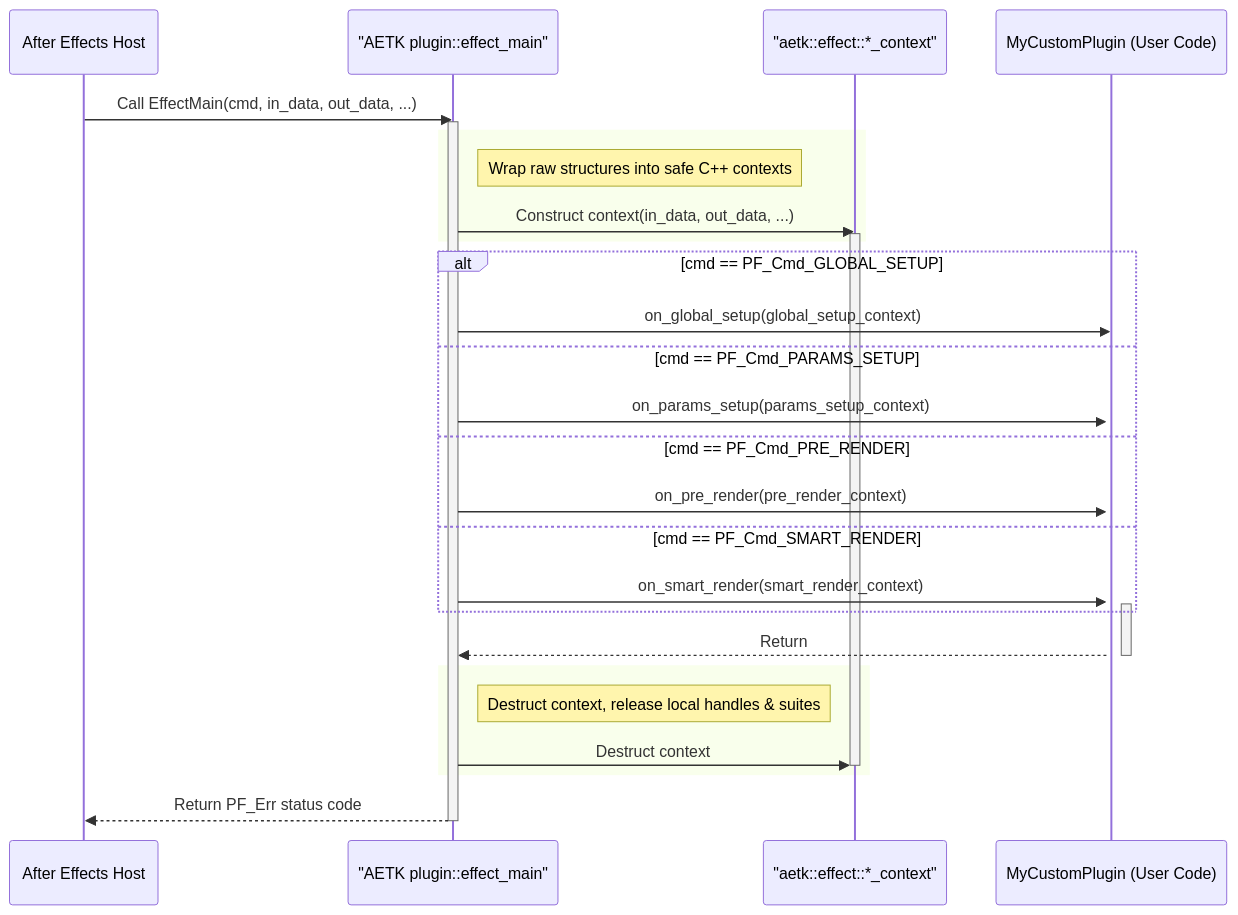
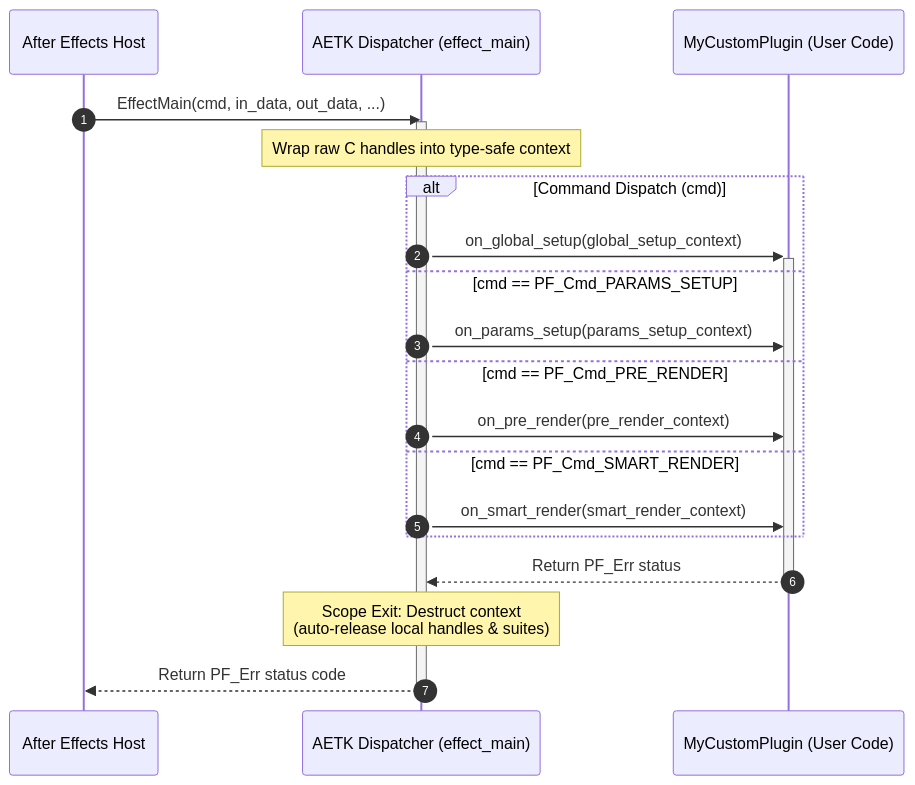
One commit to Trentonom0r3/AETK2.0 changed the second of 2 diagrams in docs/ARCHITECTURE_OVERVIEW.md. Above: the diagram before and after it, drawn with Mermaid.

Commit message:
mermaid issues
mermaid issues

````diff
--- a/docs/ARCHITECTURE_OVERVIEW.md
+++ b/docs/ARCHITECTURE_OVERVIEW.md
@@ -72,42 +72,29 @@
 ```mermaid
 sequenceDiagram
-    participant AE as After Effects Host
-    participant AETK as "AETK plugin::effect_main"
-    participant Wrapper as "aetk::effect::*_context"
+    autonumber
+    participant Host as After Effects Host
+    participant AETK as AETK Dispatcher (effect_main)
     participant User as MyCustomPlugin (User Code)
 
-    AE->>AETK: Call EffectMain(cmd, in_data, out_data, ...)
+    Host->>AETK: EffectMain(cmd, in_data, out_data, ...)
     activate AETK
-    
-    rect #f0f8ff
-        note right of AETK: Wrap raw structures into safe C++ contexts
-        AETK->>Wrapper: Construct context(in_data, out_data, ...)
-        activate Wrapper
-    end
-    
-    alt cmd == PF_Cmd_GLOBAL_SETUP
-        AETK->>User: on_global_setup(global_setup_context)
-        activate User
+
+    Note over AETK: Wrap raw C handles into type-safe context
+
+    alt Command Dispatch (cmd)
+        AETK->>+User: on_global_setup(global_setup_context)
     else cmd == PF_Cmd_PARAMS_SETUP
         AETK->>User: on_params_setup(params_setup_context)
-        activate User
     else cmd == PF_Cmd_PRE_RENDER
         AETK->>User: on_pre_render(pre_render_context)
-        activate User
     else cmd == PF_Cmd_SMART_RENDER
         AETK->>User: on_smart_render(smart_render_context)
-        activate User
     end
+
+    User-->>-AETK: Return PF_Err status
     
-    User-->>AETK: Return
-    deactivate User
-    
-    rect #fff0f5
-        note right of AETK: Destruct context, release local handles & suites
-        AETK->>Wrapper: Destruct context
-        deactivate Wrapper
-    end
-    
-    AETK-->>AE: Return PF_Err status code
+    Note over AETK: Scope Exit: Destruct context<br/>(auto-release local handles & suites)
+
+    AETK-->>Host: Return PF_Err status code
     deactivate AETK
 ```
````
